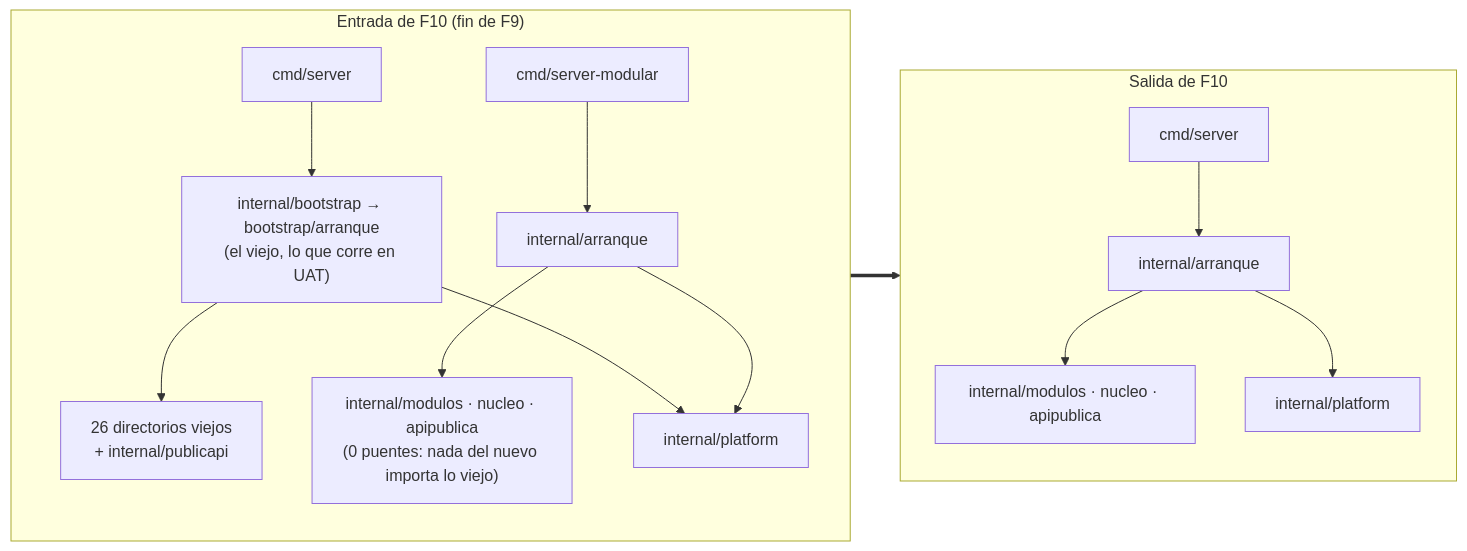
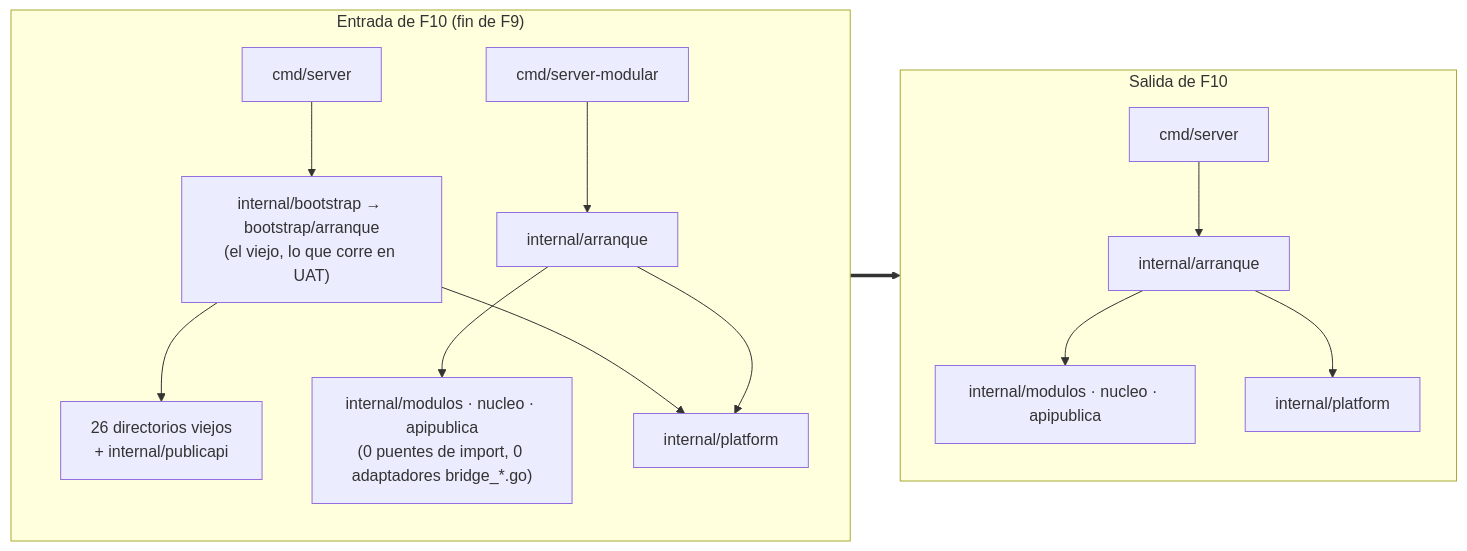
Before and after one commit to EduGoGroup/wapp-cloud-platform: the diagram in documentations/reorganizacion-modular/plan/F10-relevo/arquitectura.md, drawn with Mermaid. The commit also changed other lines of this file and 175 other files, not shown here.

````diff
--- a/documentations/reorganizacion-modular/plan/F10-relevo/arquitectura.md
+++ b/documentations/reorganizacion-modular/plan/F10-relevo/arquitectura.md
@@ -5,17 +5,17 @@
 ```mermaid
 flowchart LR
   subgraph antes["Entrada de F10 (fin de F9)"]
     S1["cmd/server"] --> B["internal/bootstrap → bootstrap/arranque<br/>(el viejo, lo que corre en UAT)"]
     S2["cmd/server-modular"] --> A1["internal/arranque"]
     B --> V["26 directorios viejos<br/>+ internal/publicapi"]
-    A1 --> N1["internal/modulos · nucleo · apipublica<br/>(0 puentes: nada del nuevo importa lo viejo)"]
+    A1 --> N1["internal/modulos · nucleo · apipublica<br/>(0 puentes de import, 0 adaptadores bridge_*.go)"]
     B --> P1["internal/platform"]
     A1 --> P1
   end
   subgraph despues["Salida de F10"]
     S3["cmd/server"] --> A2["internal/arranque"]
     A2 --> N2["internal/modulos · nucleo · apipublica"]
     A2 --> P2["internal/platform"]
   end
   antes ==> despues
 ```
````
